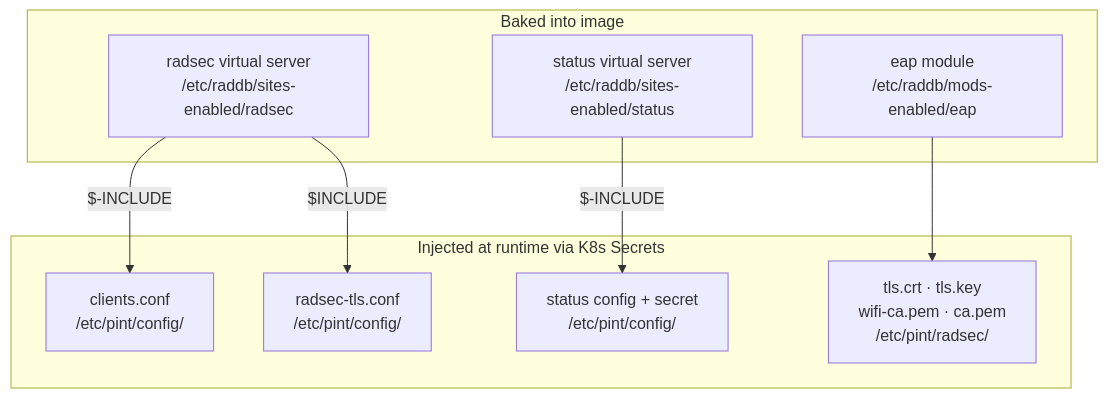
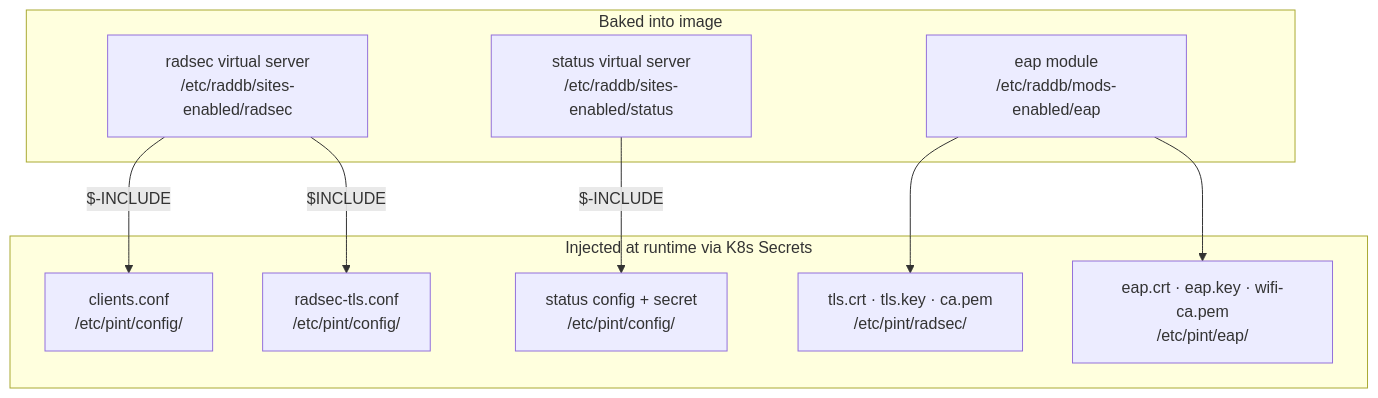
The fifth of 6 diagrams in README.md (ComputerScienceHouse/pint), drawn with Mermaid before and after one commit. The commit also changed other lines of this file and 1 other file, not shown here.

First line of the commit message:
docs: update README to reflect separate RadSec and EAP-TLS certificate architecture

````diff
--- a/README.md
+++ b/README.md
@@ -195,20 +209,22 @@
 ```mermaid
 flowchart TB
     subgraph Image ["Baked into image"]
         R[radsec virtual server\n/etc/raddb/sites-enabled/radsec]
         S[status virtual server\n/etc/raddb/sites-enabled/status]
         E[eap module\n/etc/raddb/mods-enabled/eap]
     end
 
     subgraph Secrets ["Injected at runtime via K8s Secrets"]
         CC[clients.conf\n/etc/pint/config/]
         TLS[radsec-tls.conf\n/etc/pint/config/]
         ST[status config + secret\n/etc/pint/config/]
-        CERT[tls.crt · tls.key\nwifi-ca.pem · ca.pem\n/etc/pint/radsec/]
+        RADSEC[tls.crt · tls.key · ca.pem\n/etc/pint/radsec/]
+        EAP[eap.crt · eap.key · wifi-ca.pem\n/etc/pint/eap/]
     end
 
     R -->|"$-INCLUDE"| CC
     R -->|"$INCLUDE"| TLS
     S -->|"$-INCLUDE"| ST
-    E --> CERT
+    E --> RADSEC
+    E --> EAP
 ```
````
